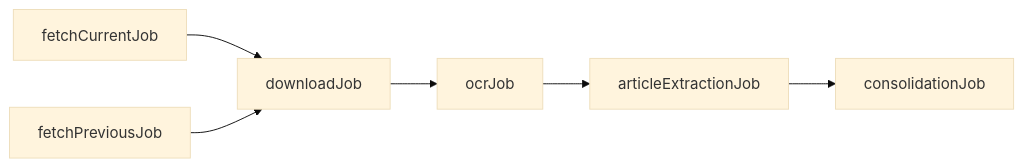
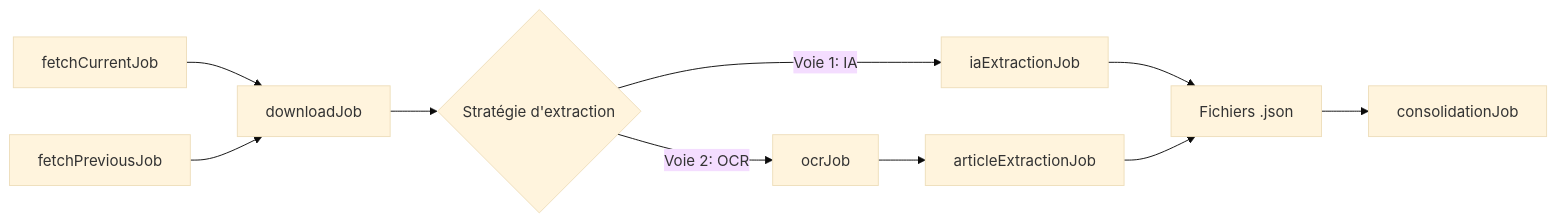
Before and after one commit to akimsoule/io.law: the diagram in README.md, drawn with Mermaid (base theme). The commit also changed other lines of this file, not shown here.

First line of the commit message:
📝 docs: fix workflow diagram - add dual extraction paths

````diff
--- a/README.md
+++ b/README.md
@@ -325,9 +325,16 @@
 ```mermaid
 graph LR
     A[fetchCurrentJob] --> B[downloadJob]
-    B --> C[ocrJob]
-    C --> D[articleExtractionJob]
-    D --> E[consolidationJob]
+    F[fetchPreviousJob] --> B
     
-    F[fetchPreviousJob] --> B
+    B --> C{Stratégie d'extraction}
+    
+    C -->|Voie 1: IA| G[iaExtractionJob]
+    G --> H[Fichiers .json]
+    
+    C -->|Voie 2: OCR| D[ocrJob]
+    D --> E[articleExtractionJob]
+    E --> H
+    
+    H --> I[consolidationJob]
 ```
````
